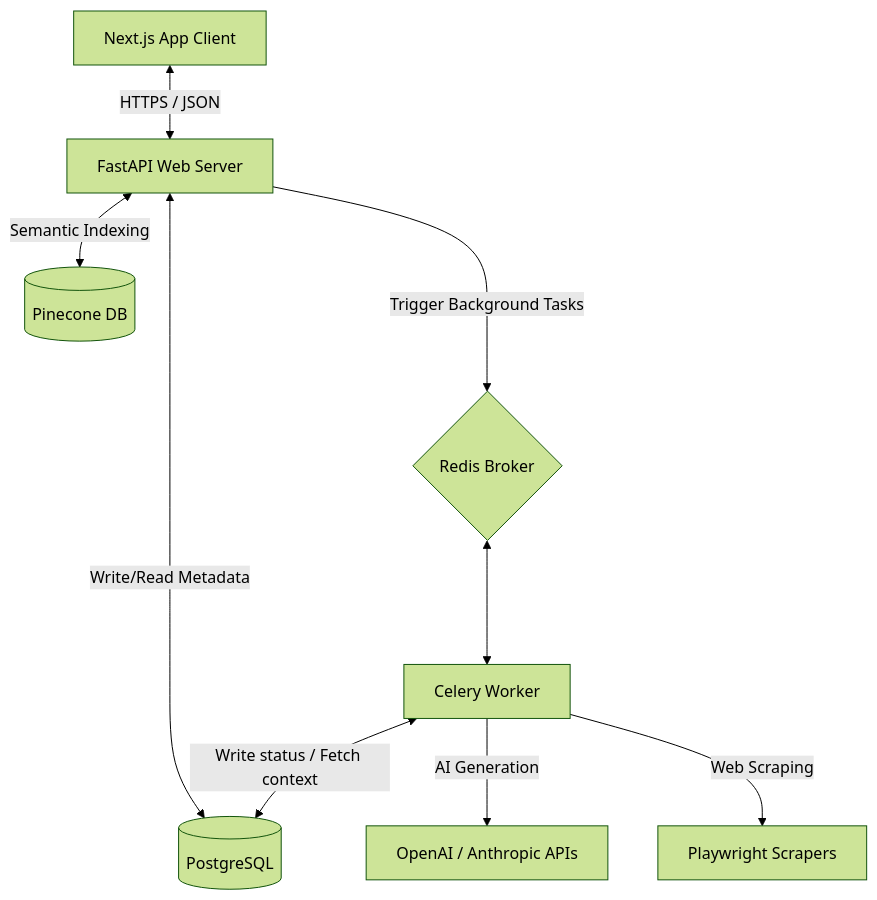
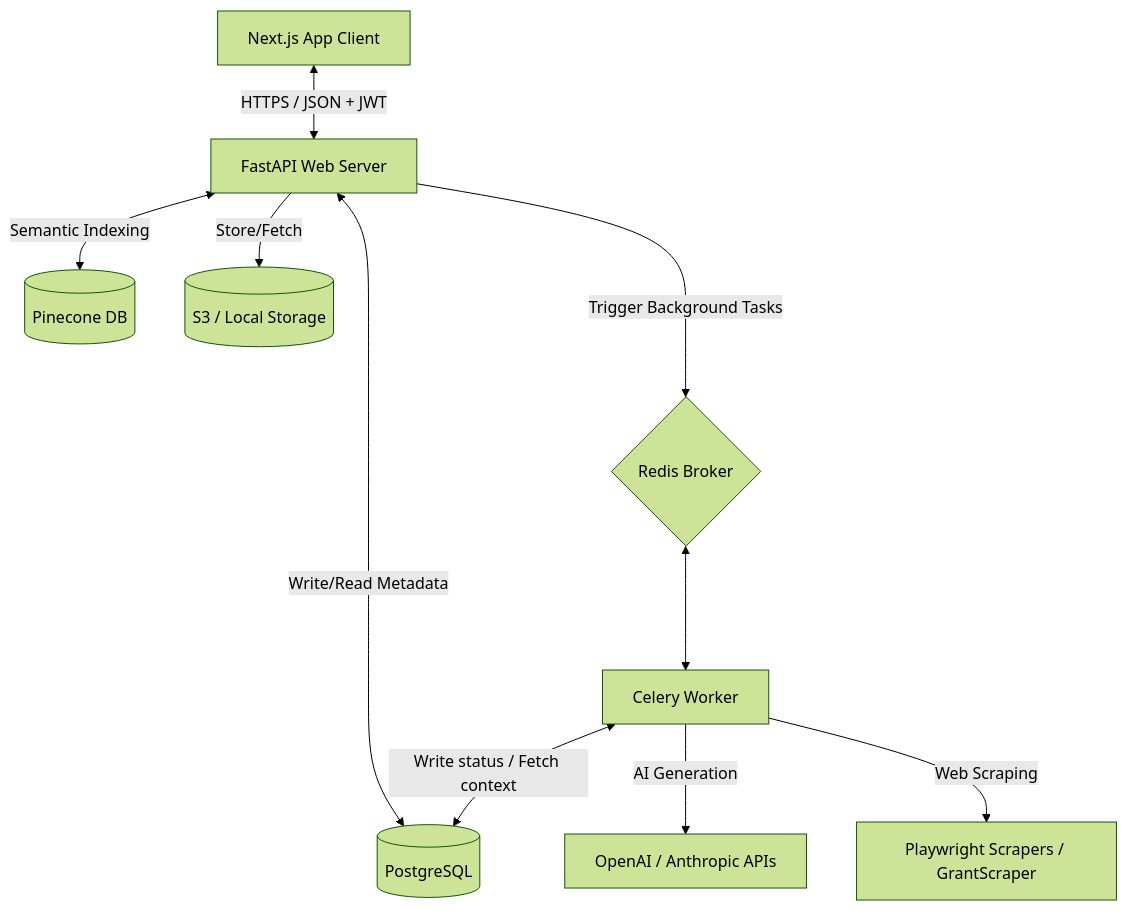
One commit to Vaibhavtiwari-dev/eurogrant-ai changed the diagram in README.md. Above: the diagram before and after it, drawn with Mermaid (forest theme). The commit also changed other lines of this file and 3 other files, not shown here.

````diff
--- a/README.md
+++ b/README.md
@@ -34,11 +35,12 @@
 ```mermaid
 graph TD
-    Client[Next.js App Client] <-->|HTTPS / JSON| API[FastAPI Web Server]
+    Client[Next.js App Client] <-->|HTTPS / JSON + JWT| API[FastAPI Web Server]
     API <-->|Write/Read Metadata| DB[(PostgreSQL)]
     API <-->|Semantic Indexing| VectorDB[(Pinecone DB)]
+    API -->|Store/Fetch| FileStore[(S3 / Local Storage)]
     API --->|Trigger Background Tasks| Redis{Redis Broker}
     Redis <---> Worker[Celery Worker]
     Worker <-->|Write status / Fetch context| DB
     Worker -->|AI Generation| LLM[OpenAI / Anthropic APIs]
-    Worker -->|Web Scraping| Scraper[Playwright Scrapers]
+    Worker -->|Web Scraping| Scraper[Playwright Scrapers / GrantScraper]
 ```
````
